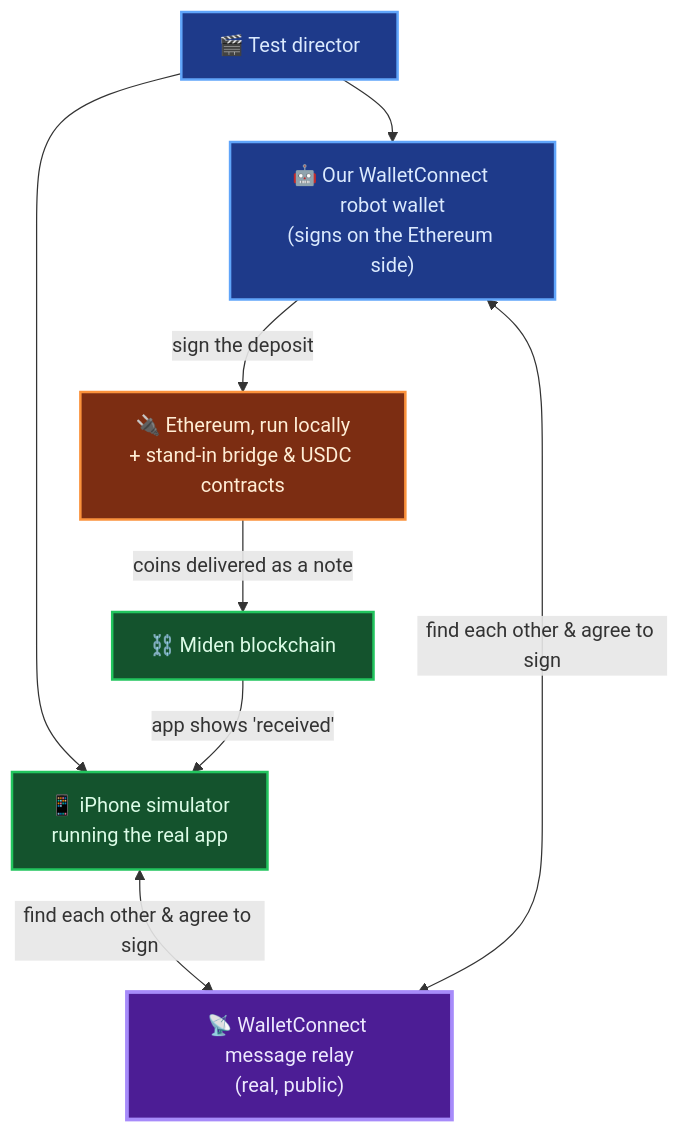
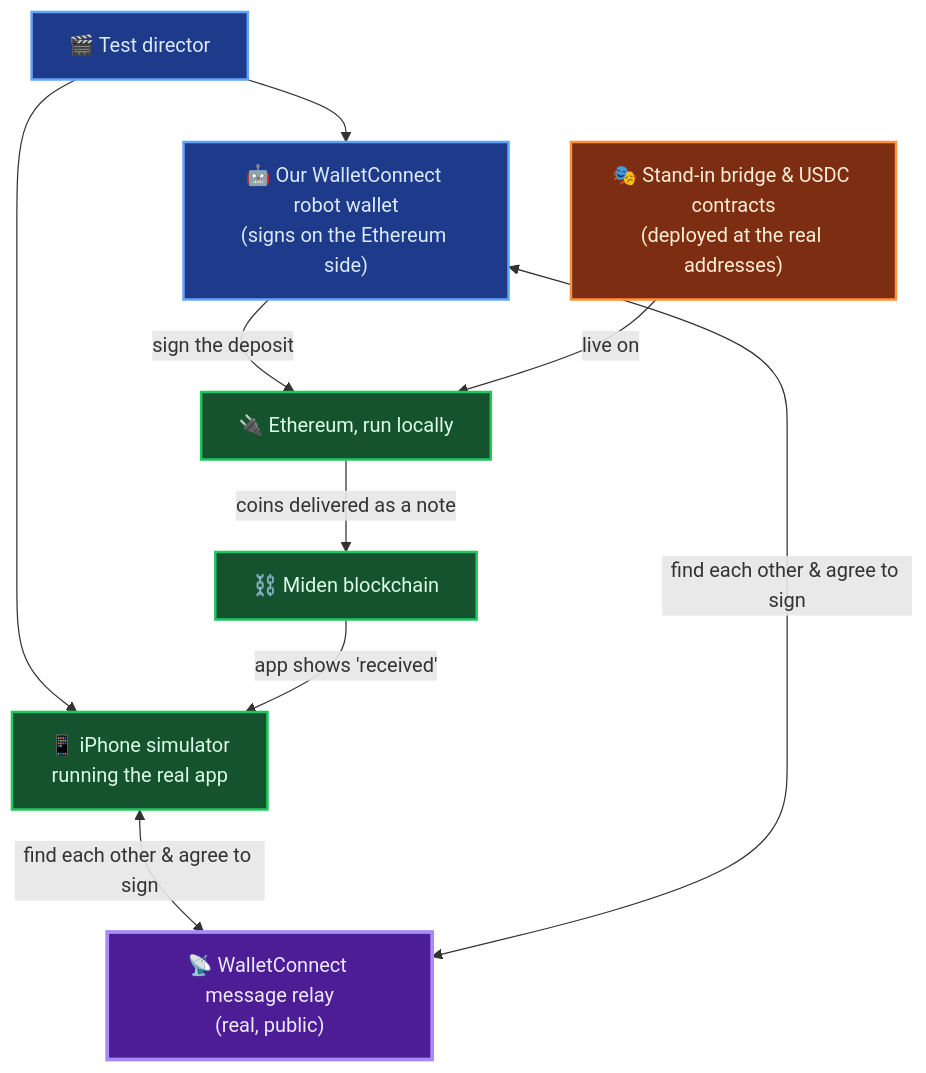
One commit to 0xMiden/wallet changed the eighth of 8 diagrams in playwright/e2e/docs/e2e-architecture.md. Above: the diagram before and after it, drawn with Mermaid. The commit also changed other lines of this file, not shown here.

Commit message:
docs(e2e): give the fake USDC/contracts their own box linking to Ethereum

````diff
--- a/playwright/e2e/docs/e2e-architecture.md
+++ b/playwright/e2e/docs/e2e-architecture.md
@@ -300,22 +302,24 @@
 ```mermaid
 flowchart TB
   PHONE["📱 iPhone simulator<br/>running the real app"]:::real
   DIR["🎬 Test director"]:::test
   ROBOT["🤖 Our WalletConnect robot wallet<br/>(signs on the Ethereum side)"]:::test
   RELAY["📡 WalletConnect message relay<br/>(real, public)"]:::world
-  ETH["🔌 Ethereum, run locally<br/>+ stand-in bridge & USDC contracts"]:::fake
+  ETH["🔌 Ethereum, run locally"]:::real
+  CONTRACTS["🎭 Stand-in bridge & USDC contracts<br/>(deployed at the real addresses)"]:::fake
   CHAIN["⛓️ Miden blockchain"]:::real
 
   DIR --> PHONE
   DIR --> ROBOT
   PHONE <-->|"find each other & agree to sign"| RELAY
   ROBOT <-->|"find each other & agree to sign"| RELAY
   ROBOT -->|"sign the deposit"| ETH
   ETH -->|"coins delivered as a note"| CHAIN
   CHAIN -->|"app shows 'received'"| PHONE
+  CONTRACTS -->|"live on"| ETH
 
   classDef real fill:#14532d,stroke:#22c55e,stroke-width:2px,color:#dcfce7;
   classDef fake fill:#7c2d12,stroke:#fb923c,stroke-width:2px,color:#ffedd5;
   classDef world fill:#4c1d95,stroke:#a78bfa,stroke-width:3px,color:#ede9fe;
   classDef test fill:#1e3a8a,stroke:#60a5fa,stroke-width:2px,color:#dbeafe;
 ```
````
